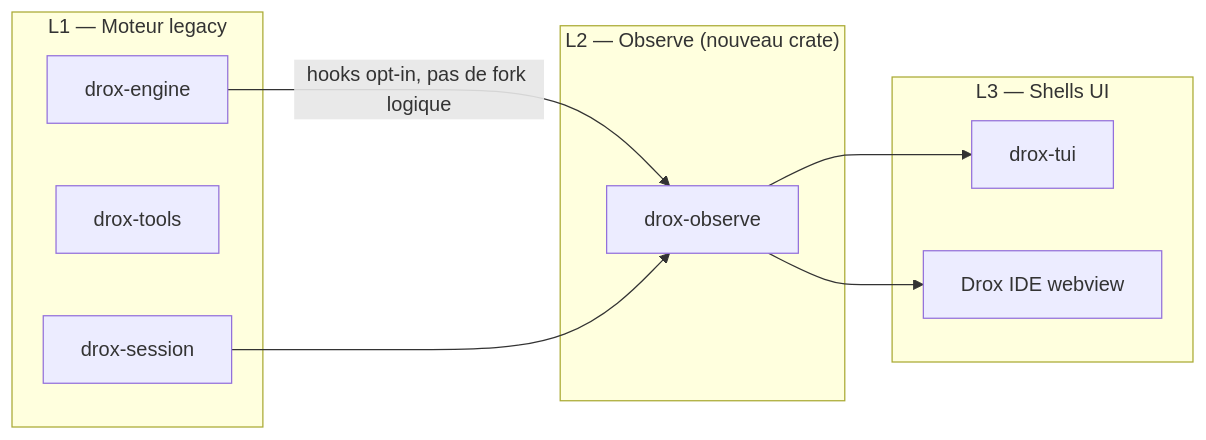
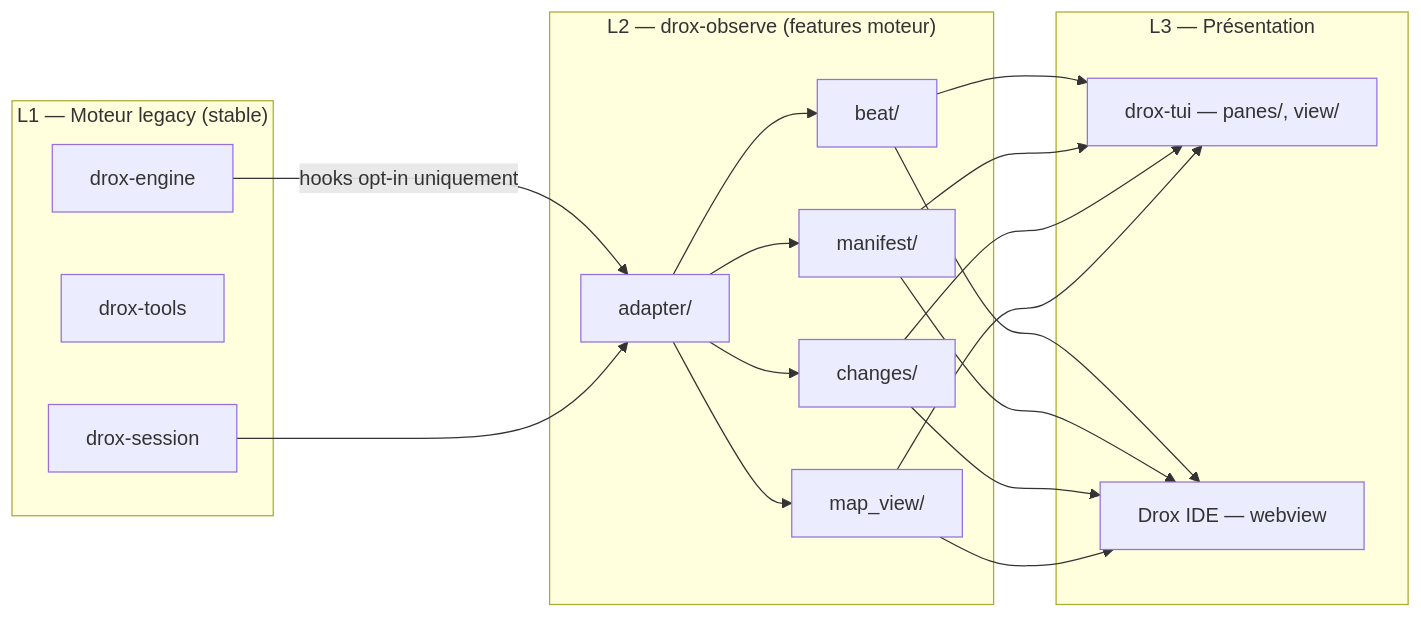
The diagram in docs/2.0.5/ARCHITECTURE-FEATURES.md (DroxKiwi/Drox---TUI), drawn with Mermaid before and after one commit. The commit also changed other lines of this file and 11 other files, not shown here.

First line of the commit message:
docs(2.0.5): specs features dans le dossier version, pas docs/features

````diff
--- a/docs/2.0.5/ARCHITECTURE-FEATURES.md
+++ b/docs/2.0.5/ARCHITECTURE-FEATURES.md
@@ -19,22 +19,36 @@
 ```mermaid
 flowchart LR
-  subgraph L1["L1 — Moteur legacy"]
+  subgraph L1["L1 — Moteur legacy (stable)"]
     E["drox-engine"]
     T["drox-tools"]
     S["drox-session"]
   end
 
-  subgraph L2["L2 — Observe (nouveau crate)"]
-    O["drox-observe"]
+  subgraph L2["L2 — drox-observe (features moteur)"]
+    B["beat/"]
+    M["manifest/"]
+    C["changes/"]
+    V["map_view/"]
+    A["adapter/"]
   end
 
-  subgraph L3["L3 — Shells UI"]
-    TU["drox-tui"]
-    ID["Drox IDE webview"]
+  subgraph L3["L3 — Présentation"]
+    TU["drox-tui — panes/, view/"]
+    ID["Drox IDE — webview"]
   end
 
-  E -->|"hooks opt-in, pas de fork logique"| O
-  S --> O
-  O --> TU
-  O --> ID
+  E -->|"hooks opt-in uniquement"| A
+  S --> A
+  A --> B
+  A --> M
+  A --> C
+  A --> V
+  B --> TU
+  M --> TU
+  C --> TU
+  V --> TU
+  B --> ID
+  M --> ID
+  C --> ID
+  V --> ID
 ```
````
